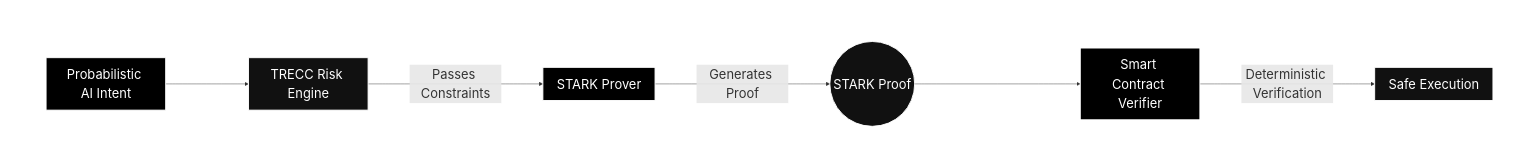
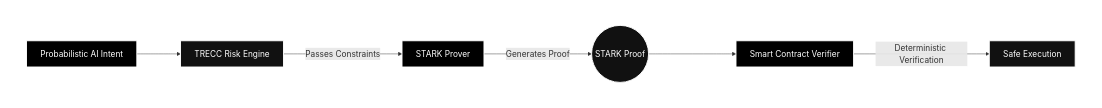
Before and after one commit to TRECC-eth/docs: the second of 3 diagrams in concepts/guardrails.mdx, drawn with Mermaid.

Commit message:
new commit

````diff
--- a/concepts/guardrails.mdx
+++ b/concepts/guardrails.mdx
@@ -74,24 +74,24 @@
 ```mermaid
-%%{init: {'themeVariables': {'fontSize': '28px', 'fontFamily': 'Inter'}, 'flowchart': {'useMaxWidth': false, 'nodeSpacing': 140, 'rankSpacing': 180, 'curve': 'basis'}}}%%
+%%{init: {'themeVariables': {'fontSize': '18px', 'fontFamily': 'Inter'}, 'flowchart': {'useMaxWidth': true, 'nodeSpacing': 70, 'rankSpacing': 95, 'curve': 'basis'}}}%%
 flowchart LR
     subgraph Off_Chain [TRECC Off-Chain Environment]
         Intent[Probabilistic AI Intent] --> Risk[TRECC Risk Engine]
         Risk -->|Passes Constraints| Prover[STARK Prover]
         Prover -->|Generates Proof| Proof((STARK Proof))
     end
 
     subgraph Starknet_Mainnet [Starknet Execution Layer]
         Proof --> Verifier[Smart Contract Verifier]
         Verifier -->|Deterministic Verification| Execution[Safe Execution]
     end
 
     style Intent fill:#000000,stroke:#ffffff,color:#ffffff,stroke-width:2px
     style Risk fill:#111111,stroke:#ffffff,color:#ffffff,stroke-width:2px
     style Prover fill:#000000,stroke:#ffffff,color:#ffffff,stroke-width:2px
     style Proof fill:#111111,stroke:#ffffff,color:#ffffff,stroke-width:2px
     style Verifier fill:#000000,stroke:#ffffff,color:#ffffff,stroke-width:2px
     style Execution fill:#111111,stroke:#ffffff,color:#ffffff,stroke-width:2px
     style Off_Chain fill:none,stroke:#ffffff,color:#ffffff,stroke-dasharray: 5 5
     style Starknet_Mainnet fill:none,stroke:#ffffff,color:#ffffff,stroke-dasharray: 5 5
 
 ```
````
